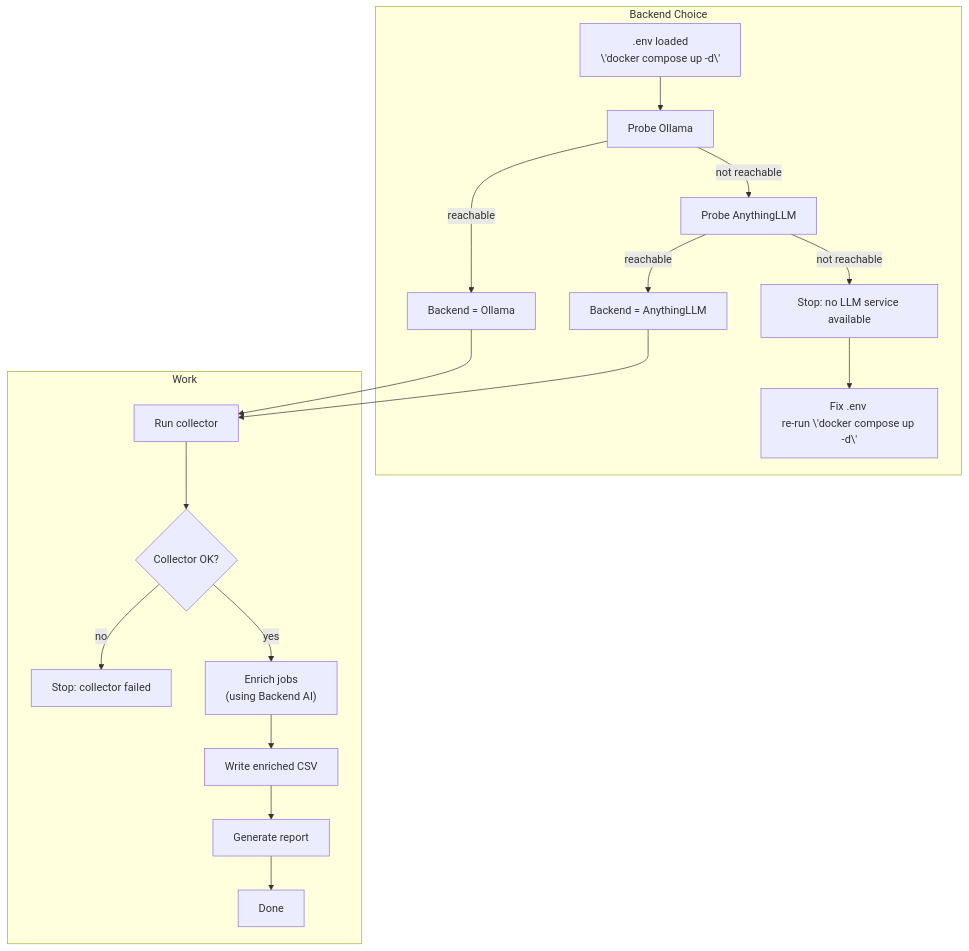
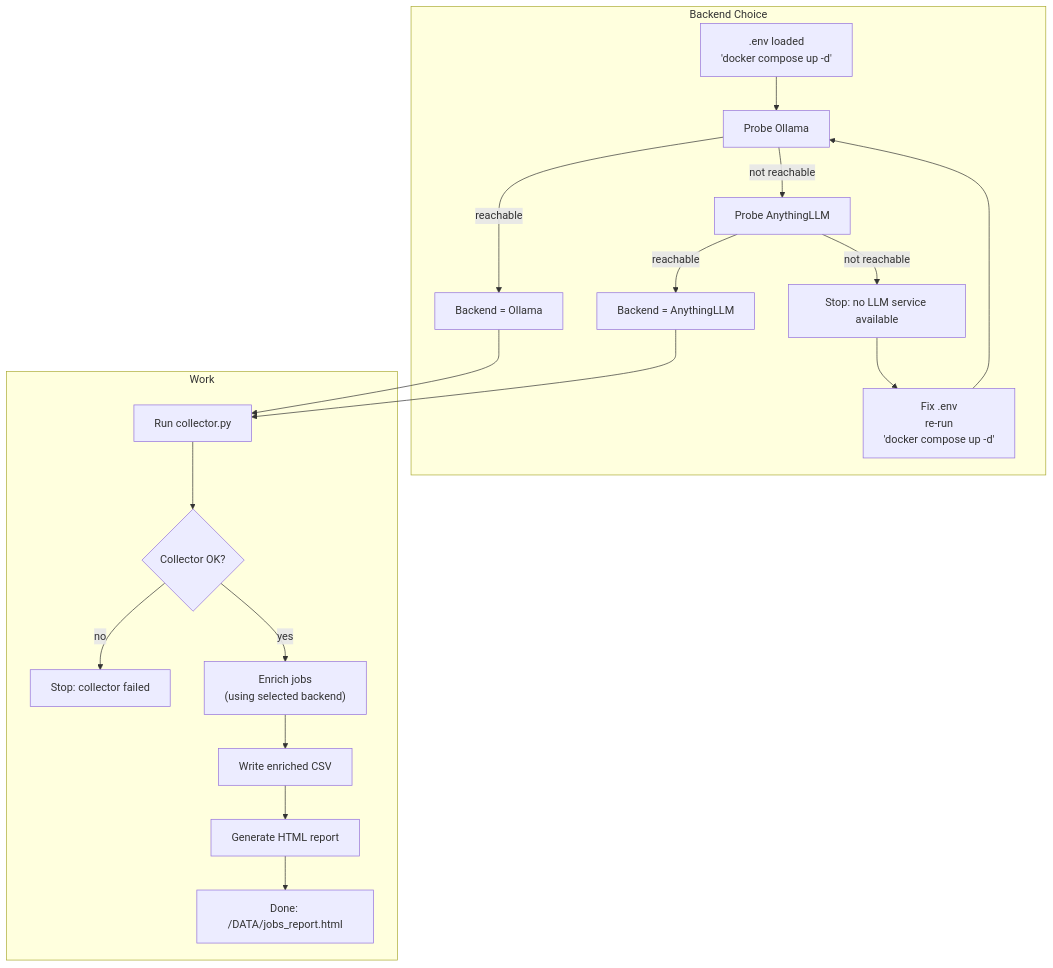
The first of 4 diagrams in README.md (drjp81/jobanalyzer), drawn with Mermaid before and after one commit. The commit also changed other lines of this file and 18 other files, not shown here.

````diff
--- a/README.md
+++ b/README.md
@@ -67,23 +115,23 @@
 ```mermaid
 flowchart TD
 subgraph Backend Choice
-  A[".env loaded<br/>\'docker compose up -d\'"] --> B["Probe Ollama"]
+  A[".env loaded<br/>'docker compose up -d'"] --> B["Probe Ollama"]
   B -->|reachable| C["Backend = Ollama"]
   B -->|not reachable| D["Probe AnythingLLM"]
   D -->|reachable| W["Backend = AnythingLLM"]
   D -->|not reachable| E["Stop: no LLM service available"]
-  E -->Y["Fix .env <br/>re-run \'docker compose up -d\'"]
-  
+  E -->Y["Fix .env<br/>re-run<br/>'docker compose up -d'"]
+  Y -->B
 end
+
 subgraph Work
-  %% Common pipeline (shared for both backends)
   W --> F
-  C --> F["Run collector"]
+  C --> F["Run collector.py"]
   F --> G{"Collector OK?"}
   G -->|no| Z1["Stop: collector failed"]
-  G -->|yes| H["Enrich jobs<br/>(using Backend AI)"]
+  G -->|yes| H["Enrich jobs<br/>(using selected backend)"]
   H --> I["Write enriched CSV"]
-  I --> J["Generate report"]
-  J --> K["Done"]
+  I --> J["Generate HTML report"]
+  J --> K["Done: /DATA/jobs_report.html"]
 end
 ```
````
